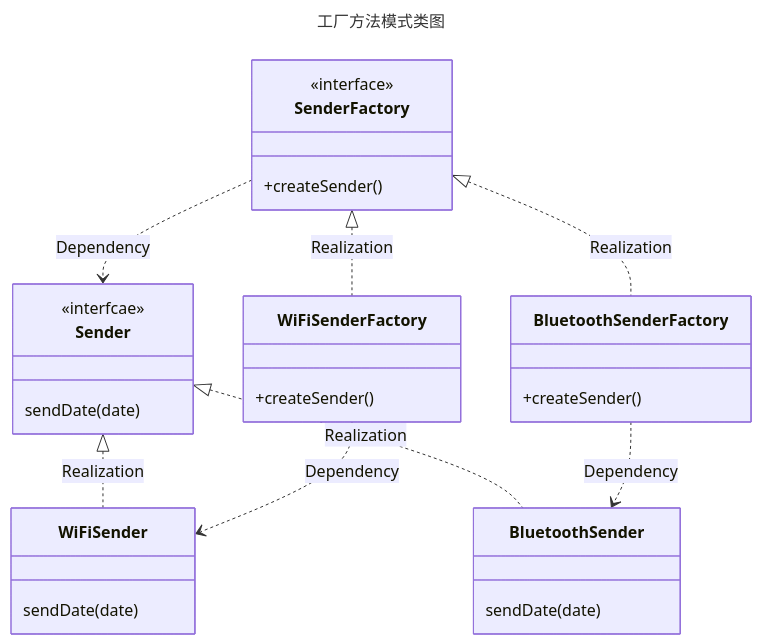
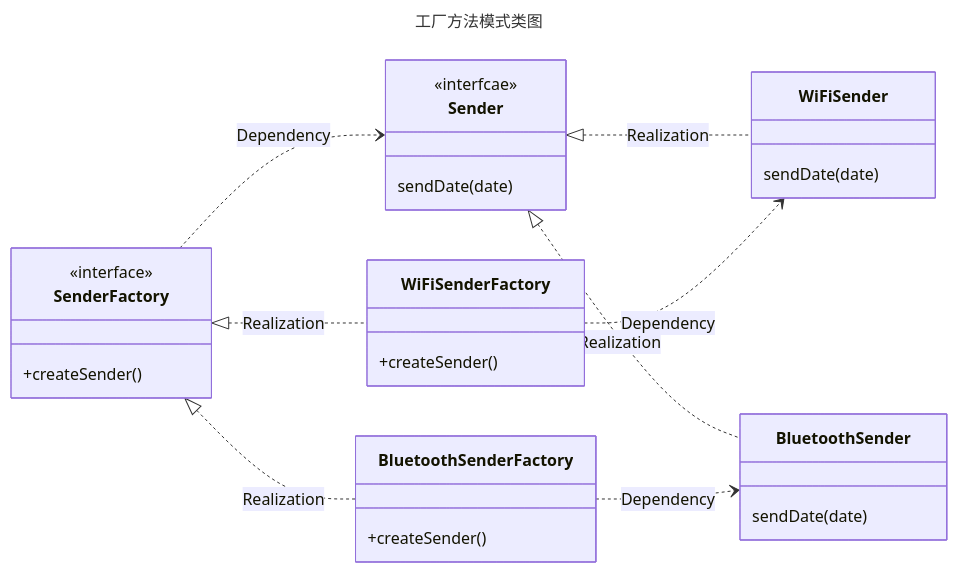
One commit to AbleASD/design-pattern changed the second of 4 diagrams in README.md. Above: the diagram before and after it, drawn with Mermaid. The commit also changed other lines of this file and 155 other files, not shown here.

````diff
--- a/README.md
+++ b/README.md
@@ -50,40 +50,40 @@
 ``` mermaid
 ---
 title: 工厂方法模式类图
 ---
 classDiagram
-
+direction LR
 Sender <|.. WiFiSender: Realization
 Sender <|.. BluetoothSender: Realization
 
 class Sender {
     <<interfcae>>
     sendDate(date)
 }
 
 class WiFiSender{
     sendDate(date)
 }
 
 class BluetoothSender {
     sendDate(date)
 }
 
 SenderFactory ..> Sender : Dependency
 SenderFactory <|.. BluetoothSenderFactory: Realization
 SenderFactory <|.. WiFiSenderFactory: Realization
 BluetoothSenderFactory ..> BluetoothSender: Dependency
 WiFiSenderFactory ..> WiFiSender: Dependency
 
 class SenderFactory {
     <<interface>>
     +createSender()
 }
 
 class BluetoothSenderFactory {
     +createSender()
 }
 class WiFiSenderFactory {
     +createSender()
 }
 ```
````
